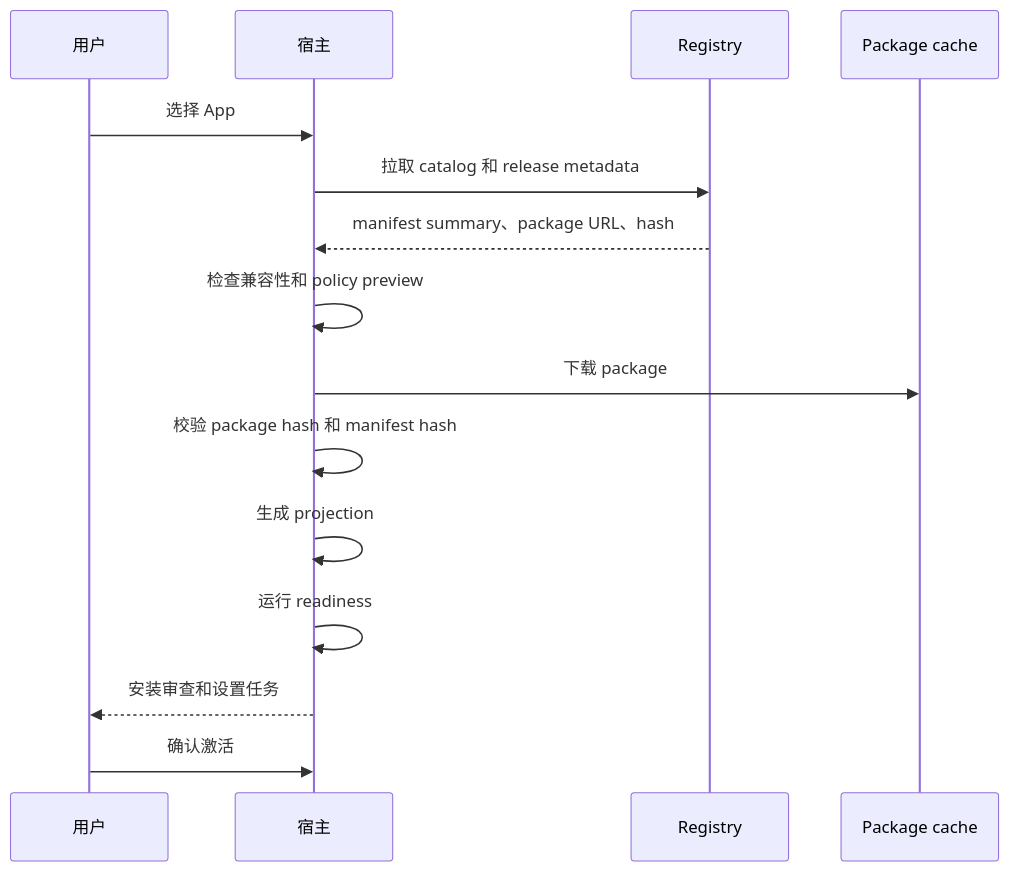
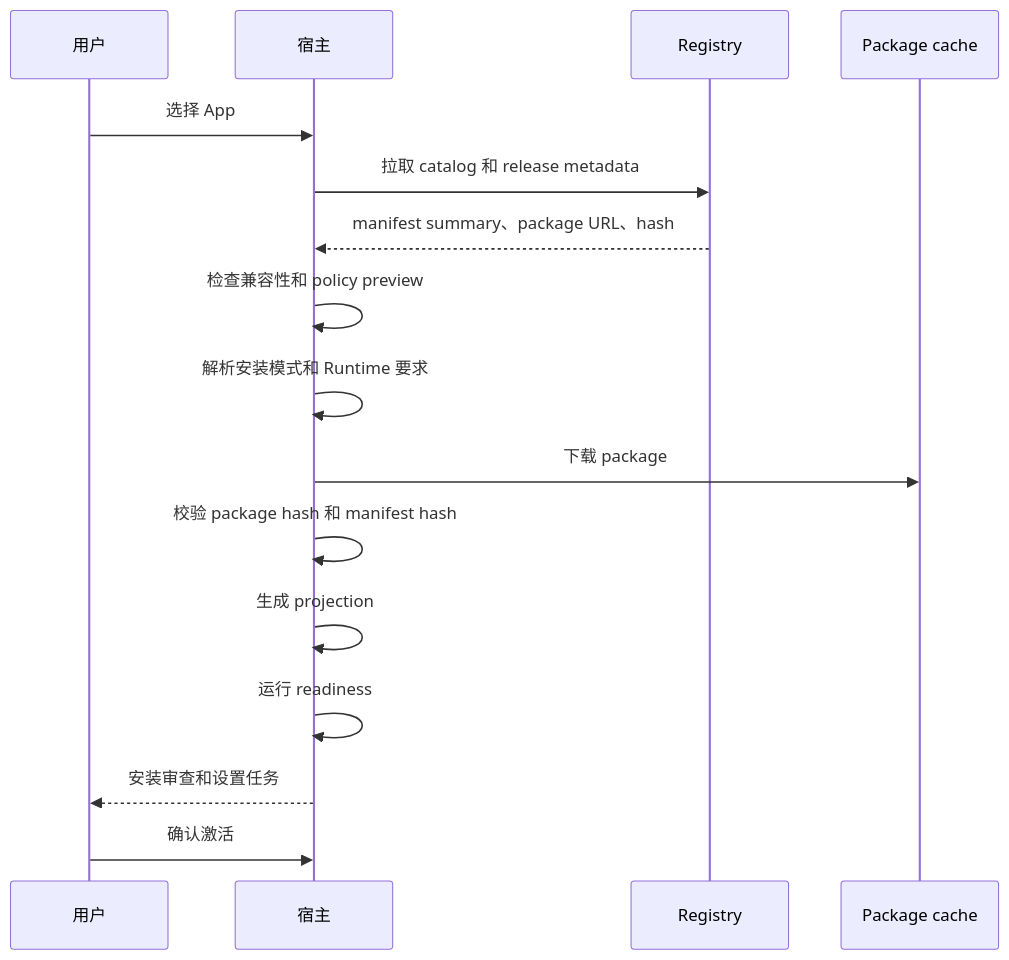
One commit to limecloud/agentapp changed the diagram in docs/zh/client-implementation/discovery-and-installation.md. Above: the diagram before and after it, drawn with Mermaid. The commit also changed other lines of this file and 52 other files, not shown here.

````diff
--- a/docs/zh/client-implementation/discovery-and-installation.md
+++ b/docs/zh/client-implementation/discovery-and-installation.md
@@ -24,18 +26,19 @@
 ```mermaid
 sequenceDiagram
   participant User as 用户
   participant Host as 宿主
   participant Registry as Registry
   participant Package as Package cache
 
   User->>Host: 选择 App
   Host->>Registry: 拉取 catalog 和 release metadata
   Registry-->>Host: manifest summary、package URL、hash
   Host->>Host: 检查兼容性和 policy preview
+  Host->>Host: 解析安装模式和 Runtime 要求
   Host->>Package: 下载 package
   Host->>Host: 校验 package hash 和 manifest hash
   Host->>Host: 生成 projection
   Host->>Host: 运行 readiness
   Host-->>User: 安装审查和设置任务
   User->>Host: 确认激活
 ```
````
